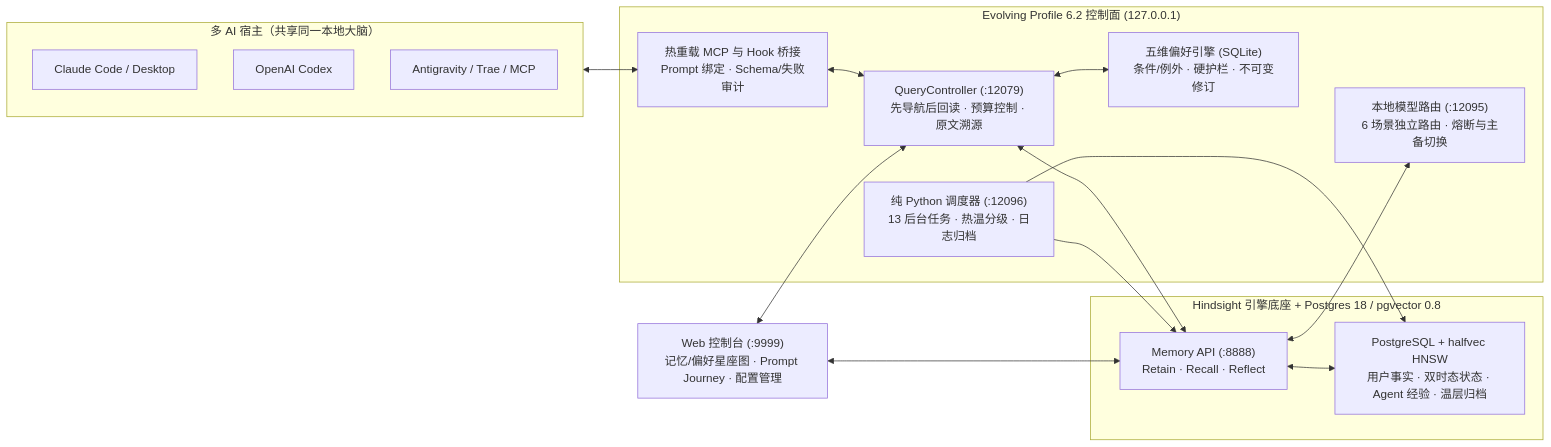
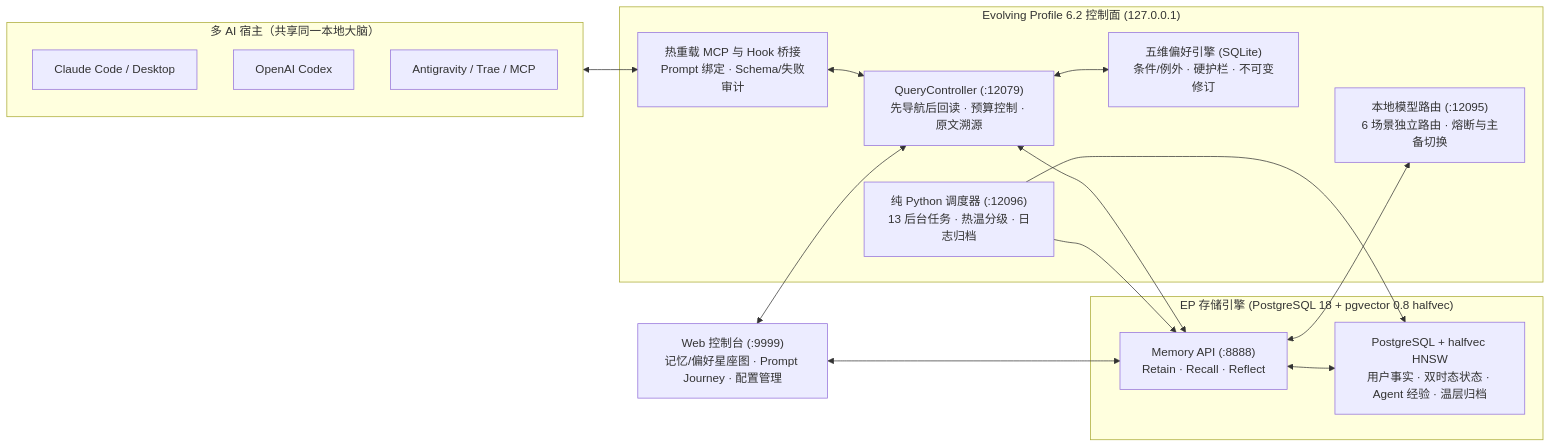
Before and after one commit to ccygod/evolving-profile: the diagram in README-中文.md, drawn with Mermaid. The commit also changed other lines of this file and 1 other file, not shown here.

````diff
--- a/README-中文.md
+++ b/README-中文.md
@@ -110,34 +117,34 @@
 ```mermaid
 flowchart LR
     subgraph Hosts["多 AI 宿主（共享同一本地大脑）"]
         H1["Claude Code / Desktop"]
         H2["OpenAI Codex"]
         H3["Antigravity / Trae / MCP"]
     end
 
     subgraph ControlPlane["Evolving Profile 6.2 控制面 (127.0.0.1)"]
         MCP["热重载 MCP 与 Hook 桥接<br/>Prompt 绑定 · Schema/失败审计"]
         CTRL["QueryController (:12079)<br/>先导航后回读 · 预算控制 · 原文溯源"]
         PREF["五维偏好引擎 (SQLite)<br/>条件/例外 · 硬护栏 · 不可变修订"]
         ROUTER["本地模型路由 (:12095)<br/>6 场景独立路由 · 熔断与主备切换"]
         DAEMON["纯 Python 调度器 (:12096)<br/>13 后台任务 · 热温分级 · 日志归档"]
     end
 
-    subgraph Storage["Hindsight 引擎底座 + Postgres 18 / pgvector 0.8"]
+    subgraph Storage["EP 存储引擎 (PostgreSQL 18 + pgvector 0.8 halfvec)"]
         API["Memory API (:8888)<br/>Retain · Recall · Reflect"]
         DB["PostgreSQL + halfvec HNSW<br/>用户事实 · 双时态状态 · Agent 经验 · 温层归档"]
     end
 
     UI["Web 控制台 (:9999)<br/>记忆/偏好星座图 · Prompt Journey · 配置管理"]
 
     Hosts <--> MCP
     MCP <--> CTRL
     CTRL <--> PREF
     CTRL <--> API
     DAEMON --> API
     DAEMON --> DB
     API <--> ROUTER
     API <--> DB
     UI <--> API
     UI <--> CTRL
 ```
````
